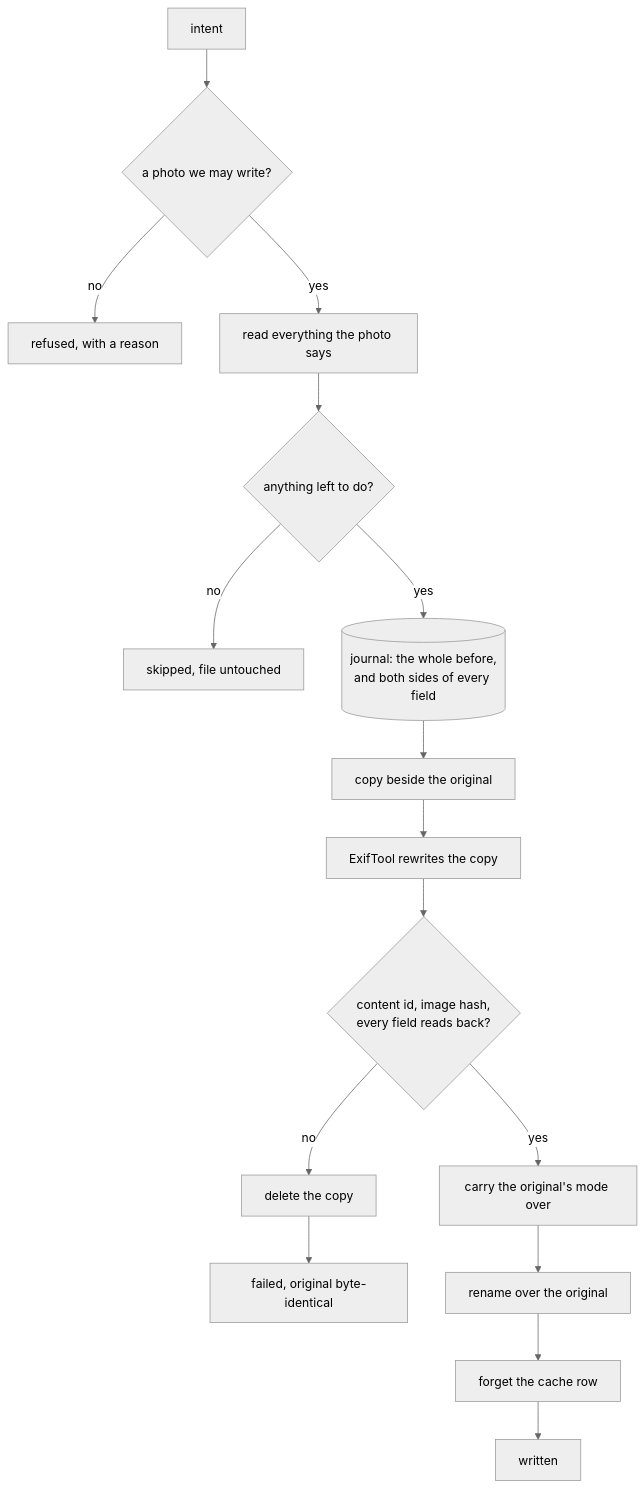
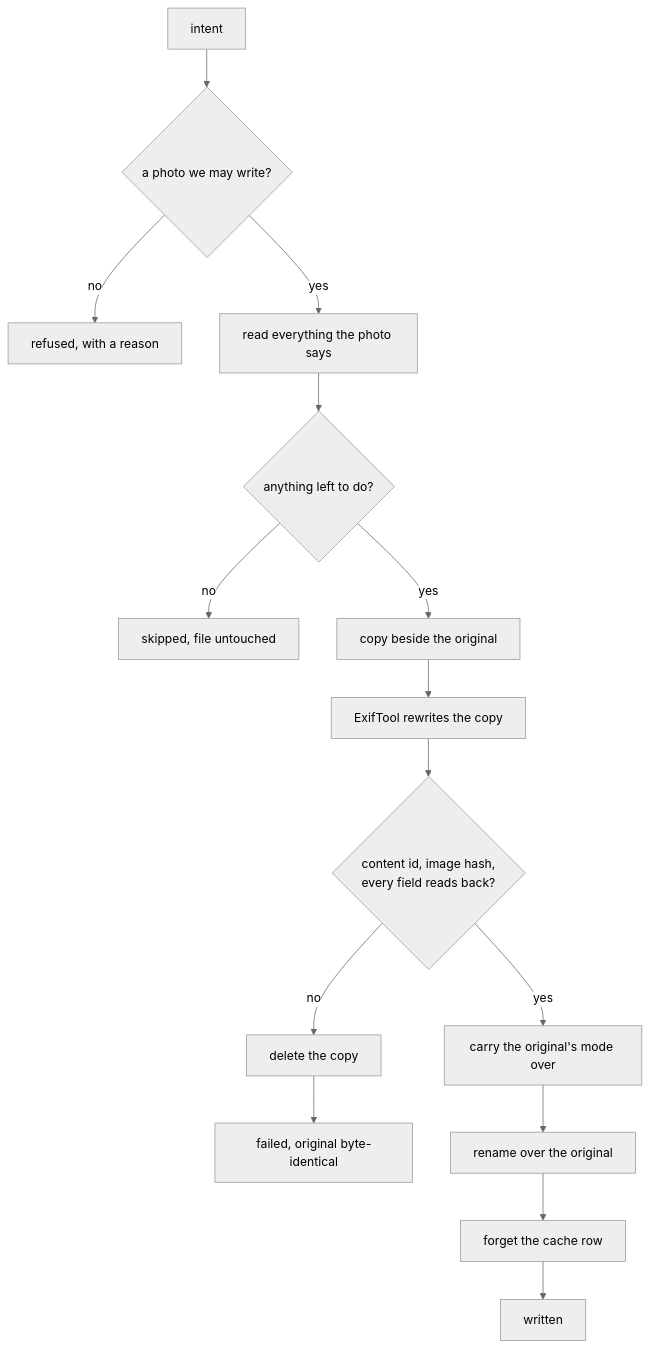
Before and after one commit to xuedi/photoManager: the first of 2 diagrams in docs/writing.md, drawn with Mermaid (neutral theme). The commit also changed other lines of this file and 9 other files, not shown here.

````diff
--- a/docs/writing.md
+++ b/docs/writing.md
@@ -20,18 +20,17 @@
 ```mermaid
 flowchart TD
     intent[intent] --> guards{a photo we may write?}
     guards -- no --> refused[refused, with a reason]
     guards -- yes --> before[read everything the photo says]
     before --> settled{anything left to do?}
     settled -- no --> skipped[skipped, file untouched]
-    settled -- yes --> record[(journal: the whole before,<br/>and both sides of every field)]
-    record --> copy[copy beside the original]
+    settled -- yes --> copy[copy beside the original]
     copy --> write[ExifTool rewrites the copy]
     write --> prove{content id, image hash,<br/>every field reads back?}
     prove -- no --> drop[delete the copy]
     drop --> failed[failed, original byte-identical]
     prove -- yes --> mode[carry the original's mode over]
     mode --> rename[rename over the original]
     rename --> forget[forget the cache row]
     forget --> written[written]
 ```
````
